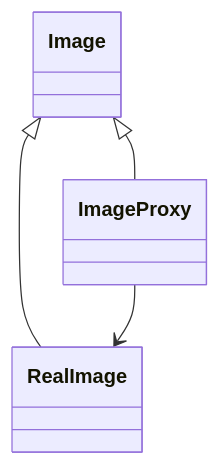
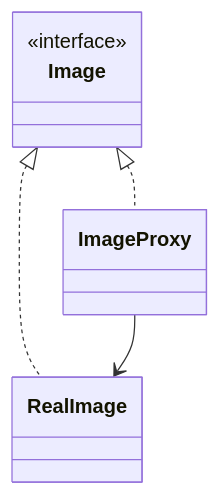
The second of 2 diagrams in examples/design_patterns/structural/proxy.md (remideboer/pys), drawn with Mermaid before and after one commit. The commit also changed 23 other files, not shown here.

````diff
--- a/examples/design_patterns/structural/proxy.md
+++ b/examples/design_patterns/structural/proxy.md
@@ -36,9 +36,11 @@
 ```mermaid
 classDiagram
-    class Image
+    class Image {
+        <<interface>>
+    }
     class RealImage
     class ImageProxy
-    Image <|-- RealImage
-    Image <|-- ImageProxy
+    Image <|.. RealImage
+    Image <|.. ImageProxy
     ImageProxy --> RealImage
 ```
````
